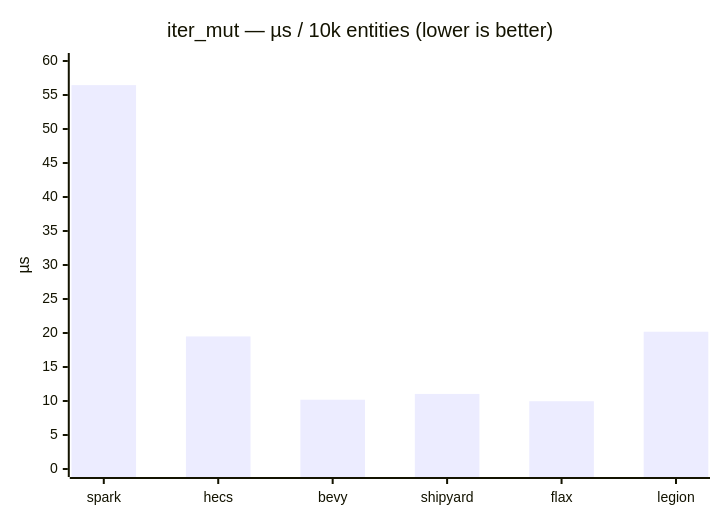
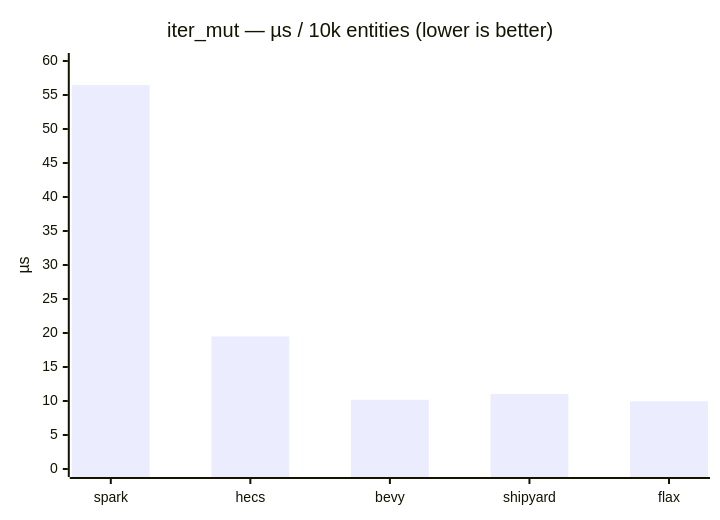
The third of 6 diagrams in bench/spark-ecs-bench/results/2026-05-31-bbb0e5d.md (AlexTiTanium/spark), drawn with Mermaid before and after one commit. The commit also changed other lines of this file and 6 other files, not shown here.

````diff
--- a/bench/spark-ecs-bench/results/2026-05-31-bbb0e5d.md
+++ b/bench/spark-ecs-bench/results/2026-05-31-bbb0e5d.md
@@ -111,7 +146,7 @@
 ```mermaid
 xychart-beta
     title "iter_mut — µs / 10k entities (lower is better)"
-    x-axis ["spark", "hecs", "bevy", "shipyard", "flax", "legion"]
+    x-axis ["spark", "hecs", "bevy", "shipyard", "flax"]
     y-axis "µs" 0 --> 60
-    bar [56.449, 19.494, 10.188, 11.039, 9.9655, 20.186]
+    bar [56.449, 19.494, 10.188, 11.039, 9.9655]
 ```
````
